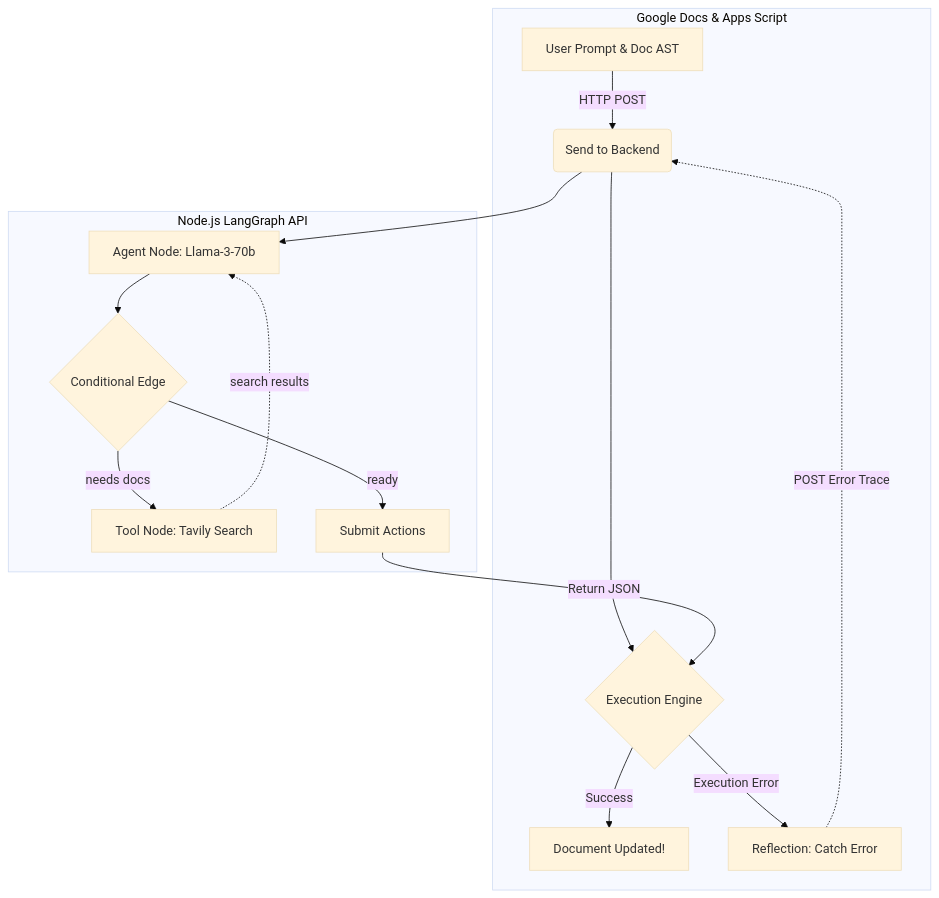
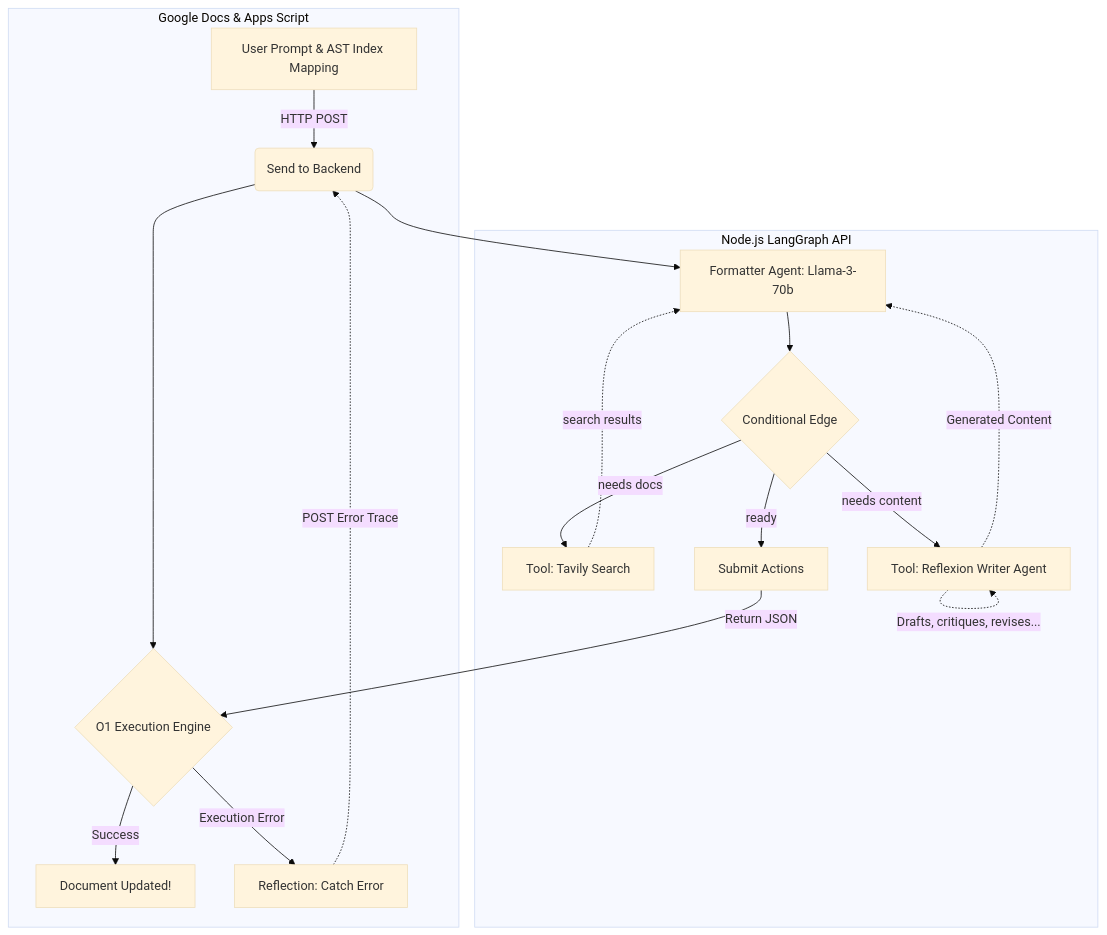
The first of 2 diagrams in README.md (ritwik-pandey/DocSupport), drawn with Mermaid (base theme) before and after one commit. The commit also changed other lines of this file and 6 other files, not shown here.

Commit message:
add reflexion agent

````diff
--- a/README.md
+++ b/README.md
@@ -16,25 +17,30 @@
 ```mermaid
 graph TD
     subgraph Frontend [Google Docs & Apps Script]
-        A[User Prompt & Doc AST] -->|HTTP POST| B(Send to Backend)
-        B --> C{Execution Engine}
+        A[User Prompt & AST Index Mapping] -->|HTTP POST| B(Send to Backend)
+        B --> C{O1 Execution Engine}
         C -->|Success| D[Document Updated!]
         C -->|Execution Error| E[Reflection: Catch Error]
         E -.->|POST Error Trace| B
     end
 
     subgraph Backend [Node.js LangGraph API]
-        F[Agent Node: Llama-3-70b]
+        F[Formatter Agent: Llama-3-70b]
         G{Conditional Edge}
-        H[Tool Node: Tavily Search]
+        H[Tool: Tavily Search]
+        W[Tool: Reflexion Writer Agent]
         
         B --> F
         F --> G
         
         G -->|needs docs| H
         H -.->|search results| F
+
+        G -->|needs content| W
+        W -.->|Drafts, critiques, revises...| W
+        W -.->|Generated Content| F
         
         G -->|ready| I[Submit Actions]
         I -->|Return JSON| C
     end
 ```
````
